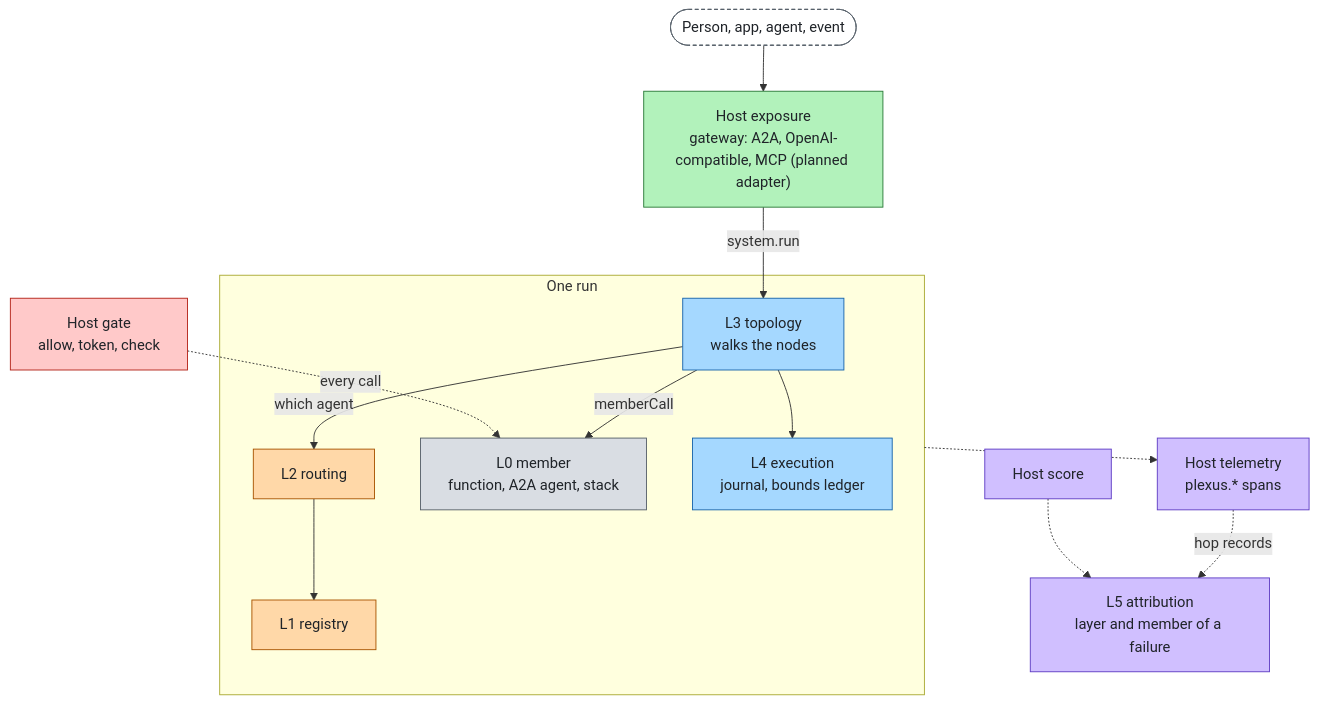
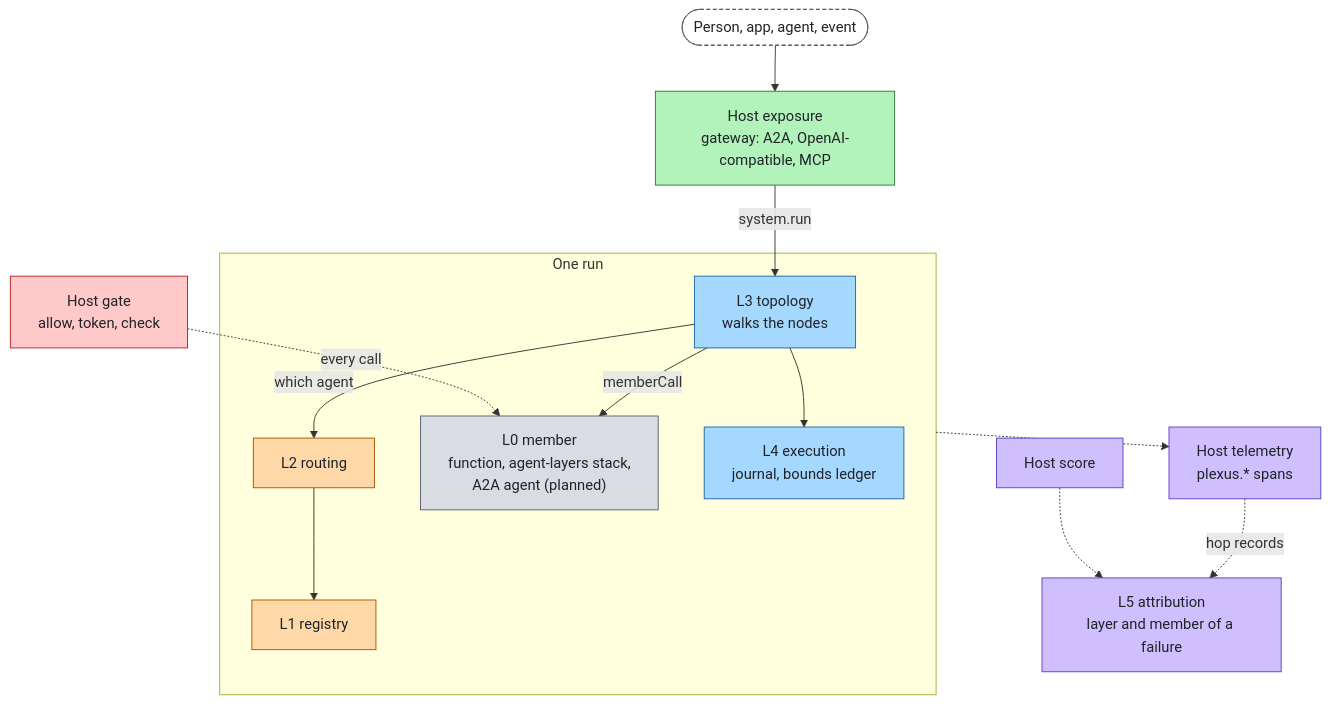
The diagram in README.md (aantenore/agent-plexus), drawn with Mermaid before and after one commit. The commit also changed other lines of this file and 15 other files, not shown here.

Commit message:
docs: review fixes, candidates vs planned, new limits, agent-layers adapter and swap example

````diff
--- a/README.md
+++ b/README.md
@@ -57,31 +58,31 @@
 ```mermaid
 flowchart TB
   caller(["Person, app, agent, event"]):::external
-  expose["Host exposure<br/>gateway: A2A, OpenAI-compatible, MCP (planned adapter)"]:::experience
+  expose["Host exposure<br/>gateway: A2A, OpenAI-compatible, MCP"]:::experience
   gate["Host gate<br/>allow, token, check"]:::control
   subgraph run["One run"]
     topology["L3 topology<br/>walks the nodes"]:::agent
     routing["L2 routing"]:::model
     registry["L1 registry"]:::model
-    member["L0 member<br/>function, A2A agent, stack"]:::foundation
+    member["L0 member<br/>function, agent-layers stack,<br/>A2A agent (planned)"]:::foundation
     execution["L4 execution<br/>journal, bounds ledger"]:::agent
   end
   tel["Host telemetry<br/>plexus.* spans"]:::insight
   score["Host score"]:::insight
   attribution["L5 attribution<br/>layer and member of a failure"]:::insight
   caller --> expose -->|"system.run"| topology
   topology -->|"which agent"| routing --> registry
   topology -->|"memberCall"| member
   topology --> execution
   gate -.->|"every call"| member
   run -.-> tel
   tel -.->|"hop records"| attribution
   score -.-> attribution
   classDef foundation fill:#d9dde3,stroke:#57606a,color:#1f2328
   classDef model fill:#ffd8a8,stroke:#a85400,color:#1f2328
   classDef agent fill:#a5d8ff,stroke:#1864ab,color:#1f2328
   classDef control fill:#ffc9c9,stroke:#b42318,color:#1f2328
   classDef experience fill:#b2f2bb,stroke:#2a7a38,color:#1f2328
   classDef insight fill:#d0bfff,stroke:#5f3dc4,color:#1f2328
   classDef external fill:#ffffff,stroke:#57606a,color:#1f2328,stroke-dasharray:4 3
 ```
````
